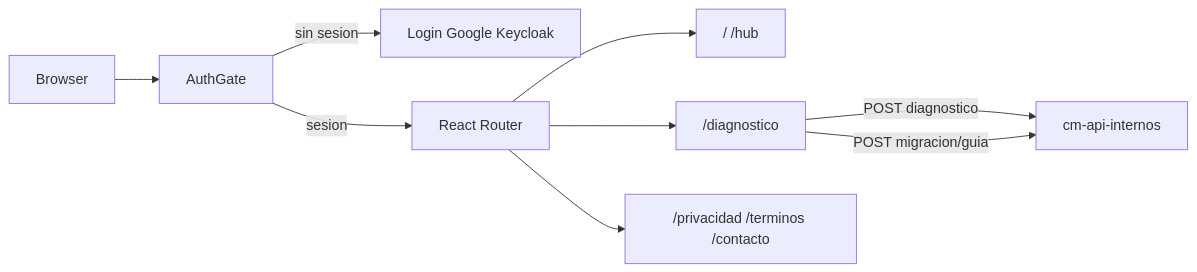
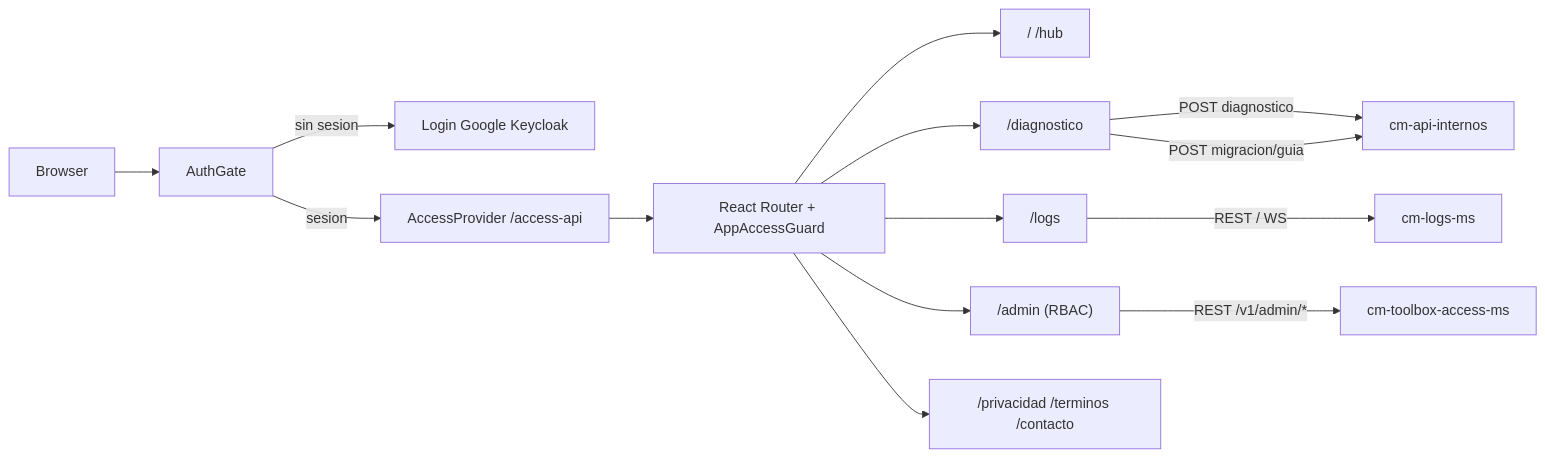
One commit to MateoRuiz123/cm-toolbox-front changed the diagram in README.md. Above: the diagram before and after it, drawn with Mermaid. The commit also changed other lines of this file and 40 other files, not shown here.

````diff
--- a/README.md
+++ b/README.md
@@ -11,11 +11,16 @@
 ```mermaid
 flowchart LR
   Browser --> AuthGate
   AuthGate -->|sin sesion| Login[Login Google Keycloak]
-  AuthGate -->|sesion| ReactRouter[React Router]
+  AuthGate -->|sesion| AccessProvider[AccessProvider /access-api]
+  AccessProvider --> ReactRouter[React Router + AppAccessGuard]
   ReactRouter --> Hub["/ /hub"]
   ReactRouter --> Diag["/diagnostico"]
+  ReactRouter --> Logs["/logs"]
+  ReactRouter --> Admin["/admin (RBAC)"]
   ReactRouter --> Legal["/privacidad /terminos /contacto"]
   Diag -->|POST diagnostico| ApiInternos[cm-api-internos]
   Diag -->|POST migracion/guia| ApiInternos
+  Logs -->|REST / WS| LogsMs[cm-logs-ms]
+  Admin -->|REST /v1/admin/*| AccessMs[cm-toolbox-access-ms]
 ```
````
